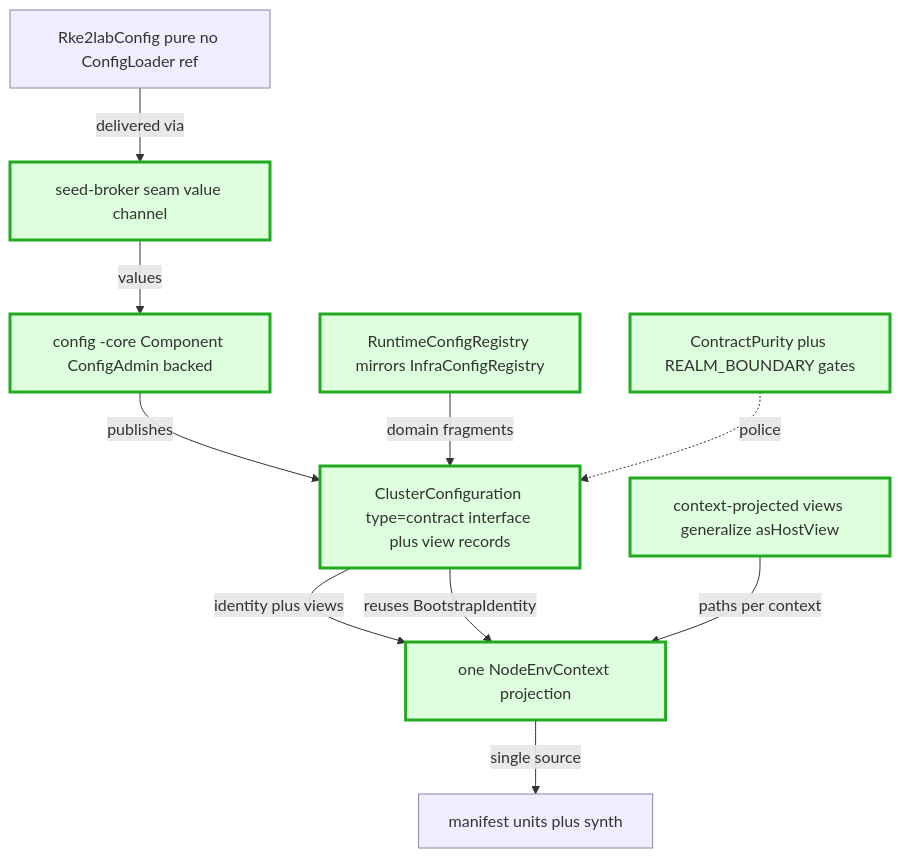
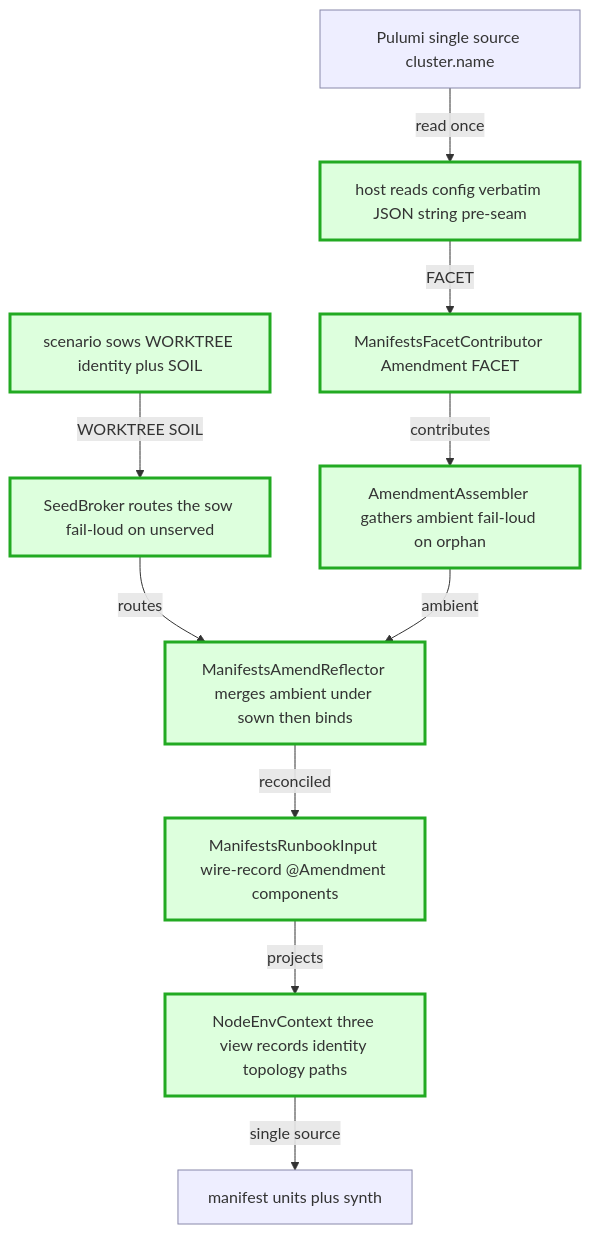
One commit to nxmatic/rke2lab changed the fourth of 4 diagrams in docs/architecture/atlas/config.adoc. Above: the diagram before and after it, drawn with Mermaid. The commit also changed other lines of this file and 4 other files, not shown here.

First line of the commit message:
docs(config): config IS the amendment — discard the ClusterConfiguration service, grave BETA + the start-level rule

```diff
--- a/docs/architecture/atlas/config.adoc
+++ b/docs/architecture/atlas/config.adoc
@@ -123,26 +133,27 @@
 [mermaid]
 ....
 flowchart TB
-  rke2["Rke2labConfig pure no ConfigLoader ref"]
-  seam["seed-broker seam value channel"]
-  cc["ClusterConfiguration type=contract interface plus view records"]
-  core["config -core Component ConfigAdmin backed"]
-  rcr["RuntimeConfigRegistry mirrors InfraConfigRegistry"]
-  proj["context-projected views generalize asHostView"]
-  one["one NodeEnvContext projection"]
+  pulumi["Pulumi single source cluster.name"]
+  host["host reads config verbatim JSON string pre-seam"]
+  fac["ManifestsFacetContributor Amendment FACET"]
+  sow["scenario sows WORKTREE identity plus SOIL"]
+  asm["AmendmentAssembler gathers ambient fail-loud on orphan"]
+  broker["SeedBroker routes the sow fail-loud on unserved"]
+  refl["ManifestsAmendReflector merges ambient under sown then binds"]
+  input["ManifestsRunbookInput wire-record @Amendment components"]
+  views["NodeEnvContext three view records identity topology paths"]
   units["manifest units plus synth"]
-  gates["ContractPurity plus REALM_BOUNDARY gates"]
-  rke2 -->|delivered via| seam
-  seam -->|values| core
-  core -->|publishes| cc
-  rcr -->|domain fragments| cc
-  cc -->|identity plus views| one
-  proj -->|paths per context| one
-  cc -->|reuses BootstrapIdentity| one
-  one -->|single source| units
-  gates -.->|police| cc
+  pulumi -->|read once| host
+  host -->|FACET| fac
+  fac -->|contributes| asm
+  sow -->|WORKTREE SOIL| broker
+  broker -->|routes| refl
+  asm -->|ambient| refl
+  refl -->|reconciled| input
+  input -->|projects| views
+  views -->|single source| units
   classDef built fill:#eef,stroke:#88a,stroke-width:1px;
   classDef neu fill:#dfd,stroke:#2a2,stroke-width:3px;
-  class rke2,units built;
-  class seam,cc,core,rcr,proj,one,gates neu;
+  class pulumi,units built;
+  class host,fac,sow,asm,broker,refl,input,views neu;
 ....
```
